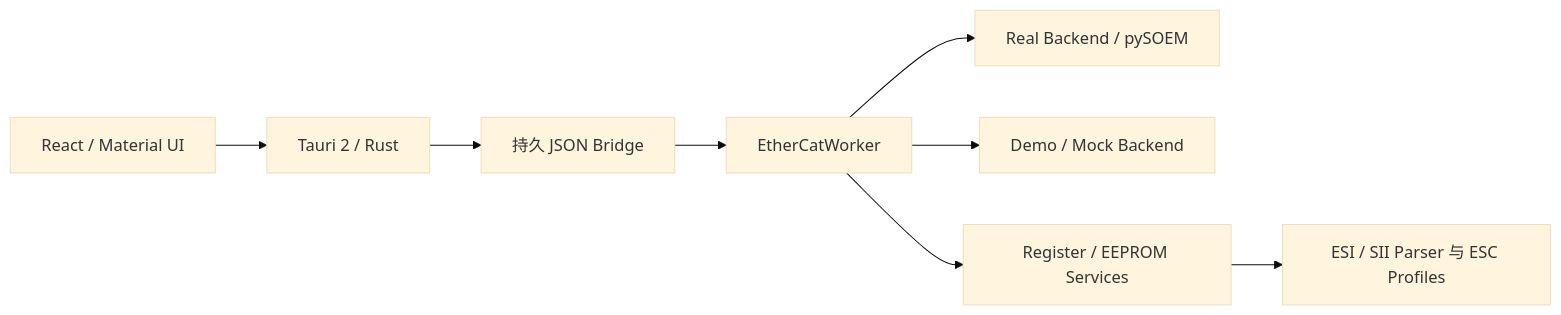
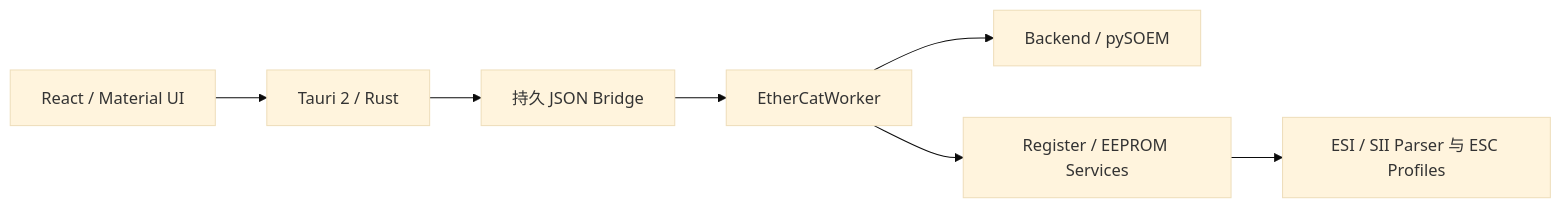
One commit to LINLin190/BenchCAT changed the diagram in README.md. Above: the diagram before and after it, drawn with Mermaid (base theme). The commit also changed other lines of this file and 6 other files, not shown here.

````diff
--- a/README.md
+++ b/README.md
@@ -205,10 +204,9 @@
 ```mermaid
 flowchart LR
     UI[React / Material UI] --> T[Tauri 2 / Rust]
     T --> B[持久 JSON Bridge]
     B --> W[EtherCatWorker]
-    W --> R[Real Backend / pySOEM]
-    W --> M[Demo / Mock Backend]
+    W --> R[Backend / pySOEM]
     W --> S[Register / EEPROM Services]
     S --> P[ESI / SII Parser 与 ESC Profiles]
 ```
````
